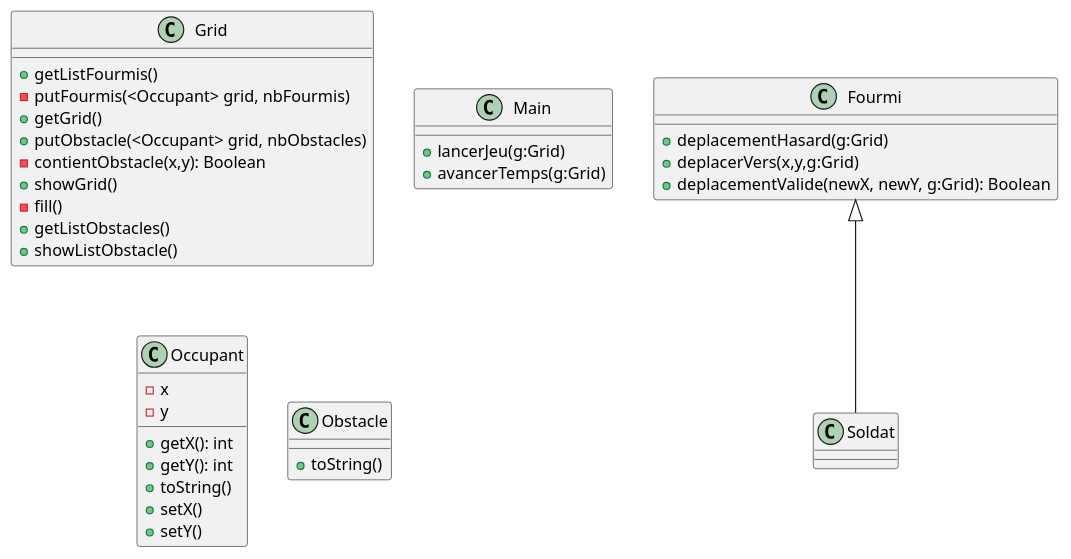
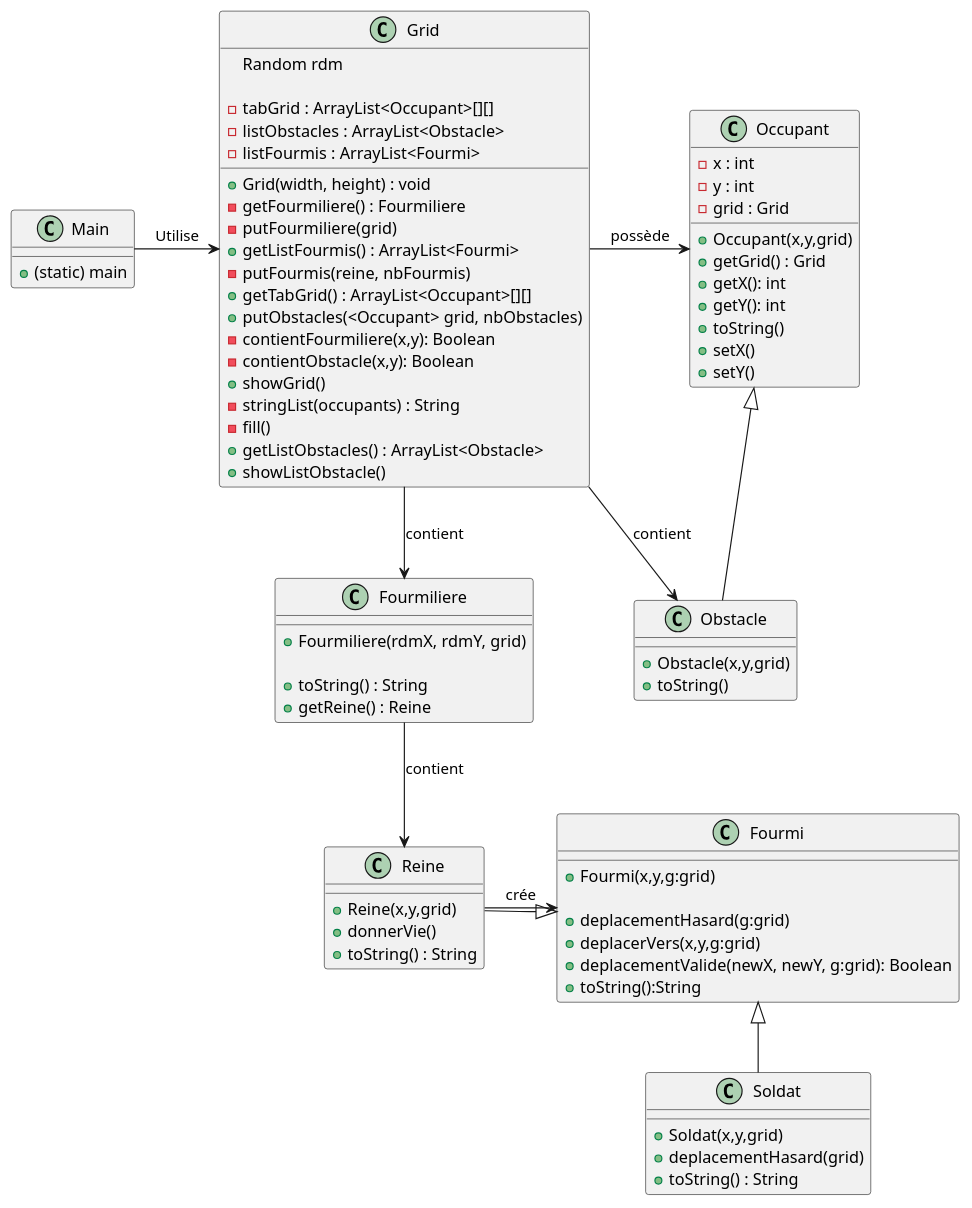
One commit to BaptisteWetterwald/dut-fourmis changed the diagram in src/main/uml/DC_v1.puml. Above: the diagram before and after it, drawn with PlantUML.

Commit message:
v0.6 DC remplissage class

```diff
--- a/src/main/uml/DC_v1.puml
+++ b/src/main/uml/DC_v1.puml
@@ -1,49 +1,97 @@
 @startuml
 'https://plantuml.com/class-diagram
 
 class Fourmi
 {
-    + deplacementHasard(g:Grid)
-    + deplacerVers(x,y,g:Grid)
-    + deplacementValide(newX, newY, g:Grid): Boolean
+    + Fourmi(x,y,g:grid)
+
+    + deplacementHasard(g:grid)
+    + deplacerVers(x,y,g:grid)
+    + deplacementValide(newX, newY, g:grid): Boolean
+    + toString():String
 }
 
-class Soldat extends Fourmi
+class Reine extends Fourmi
 {
+    + Reine(x,y,grid)
+    + donnerVie()
+    + toString() : String
+}
+
+class Fourmiliere
+{
+    + Fourmiliere(rdmX, rdmY, grid)
+
+    + toString() : String
+    + getReine() : Reine
 }
 
 class Grid
 {
-    + getListFourmis()
-    - putFourmis(<Occupant> grid, nbFourmis)
-    + getGrid()
-    + putObstacle(<Occupant> grid, nbObstacles)
+    Random rdm
+
+    - tabGrid : ArrayList<Occupant>[][]
+    - listObstacles : ArrayList<Obstacle>
+    - listFourmis : ArrayList<Fourmi>
+
+    + Grid(width, height) : void
+    - getFourmiliere() : Fourmiliere
+    - putFourmiliere(grid)
+    + getListFourmis() : ArrayList<Fourmi>
+    - putFourmis(reine, nbFourmis)
+    + getTabGrid() : ArrayList<Occupant>[][]
+    + putObstacles(<Occupant> grid, nbObstacles)
+    - contientFourmiliere(x,y): Boolean
     - contientObstacle(x,y): Boolean
     + showGrid()
+    - stringList(occupants) : String
     - fill()
-    + getListObstacles()
+    + getListObstacles() : ArrayList<Obstacle>
     + showListObstacle()
 }
 
 class Main
 {
-    +lancerJeu(g:Grid)
-    +avancerTemps(g:Grid)
+    +(static) main
 }
+
+
+class Soldat extends Fourmi
+{
++ Soldat(x,y,grid)
++ deplacementHasard(grid)
++ toString() : String
+}
+
+
+
 
 class Occupant
 {
-    - x
-    - y
+    - x : int
+    - y : int
+    - grid : Grid
+    + Occupant(x,y,grid)
+    + getGrid() : Grid
     + getX(): int
     + getY(): int
     + toString()
     + setX()
     + setY()
 
 }
-class Obstacle
+class Obstacle extends Occupant
 {
+    + Obstacle(x,y,grid)
     + toString()
 }
+
+
+Main -> Grid : Utilise
+Grid -> Occupant : possède
+Reine -> Fourmi : crée
+Fourmiliere --> Reine : contient
+Grid --> Fourmiliere : contient
+Grid -> Obstacle : contient
+
 @enduml
```
